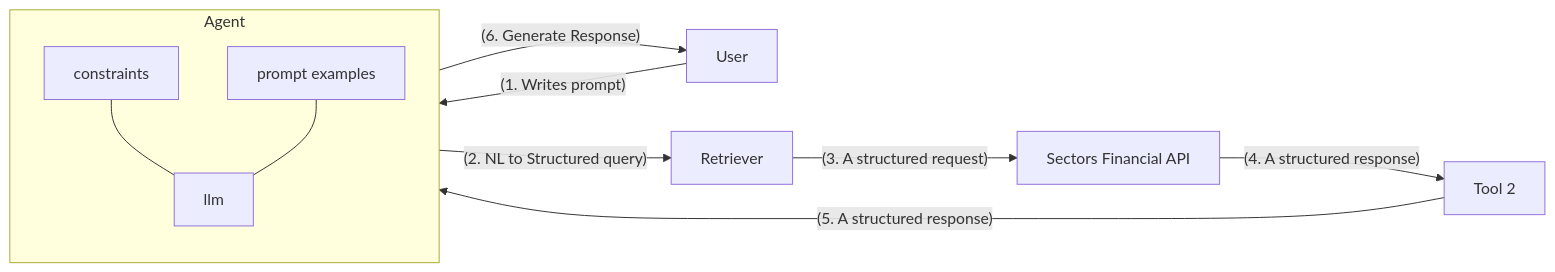
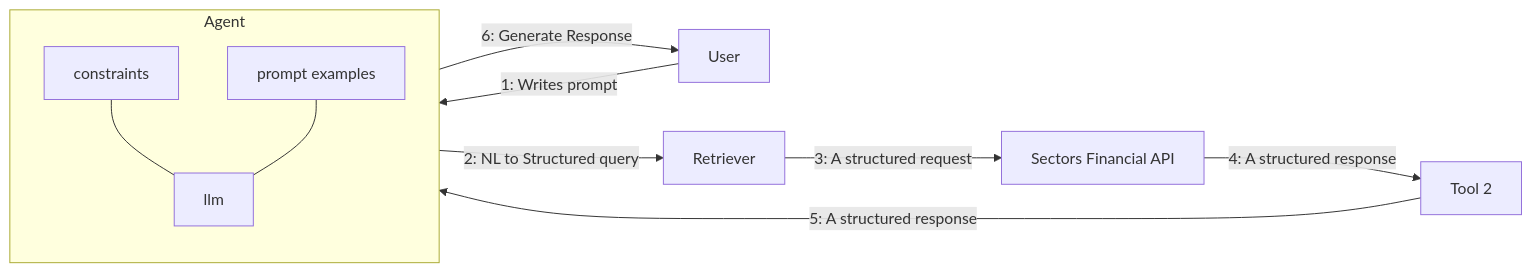
One commit to supertypeai/sectors_api_docs changed the first of 2 diagrams in recipes/generative-ai-python/03-structured-output.mdx. Above: the diagram before and after it, drawn with Mermaid. The commit also changed 2 other files, not shown here.

Commit message:
fix(recipes): unsupported markdown

````diff
--- a/recipes/generative-ai-python/03-structured-output.mdx
+++ b/recipes/generative-ai-python/03-structured-output.mdx
@@ -26,15 +26,15 @@
 ```mermaid
   flowchart LR
     subgraph Agent
         direction TB
         top1[constraints] --- llm[llm]
         top2[prompt examples] --- llm
     end
 
-    User -- (1. Writes prompt) --> Agent
-    llm -- (2. NL to Structured query) --> Retriever
-    Retriever -- (3. A structured request) --> db["Sectors Financial API"]
-    db -- (4. A structured response) --> downstream["Tool 2"]
-    downstream -- (5. A structured response) --> llm
-    llm -- (6. Generate Response) --> User
+    User -- 1: Writes prompt --> Agent
+    llm -- 2: NL to Structured query --> Retriever
+    Retriever -- 3: A structured request --> db["Sectors Financial API"]
+    db -- 4: A structured response --> downstream["Tool 2"]
+    downstream -- 5: A structured response --> llm
+    llm -- 6: Generate Response --> User
 ```
````
